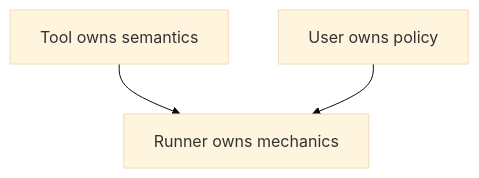
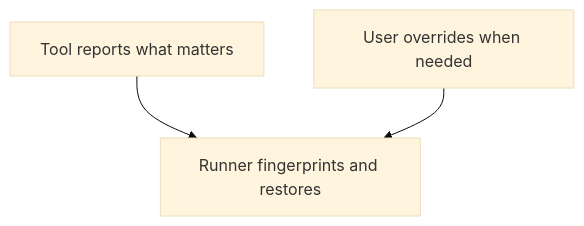
The sixth of 6 diagrams in tool-reported-caching.md (RSS1102/vite-task), drawn with Mermaid (base theme) before and after one commit.

Commit message:
docs: clarify article principle diagram

````diff
--- a/tool-reported-caching.md
+++ b/tool-reported-caching.md
@@ -197,8 +197,8 @@
 ```mermaid
 flowchart TD
-  Tool["Tool owns semantics"]
-  Runner["Runner owns mechanics"]
-  User["User owns policy"]
+  Tool["Tool reports what matters"]
+  Runner["Runner fingerprints and restores"]
+  User["User overrides when needed"]
   Tool --> Runner
   User --> Runner
 ```
````
